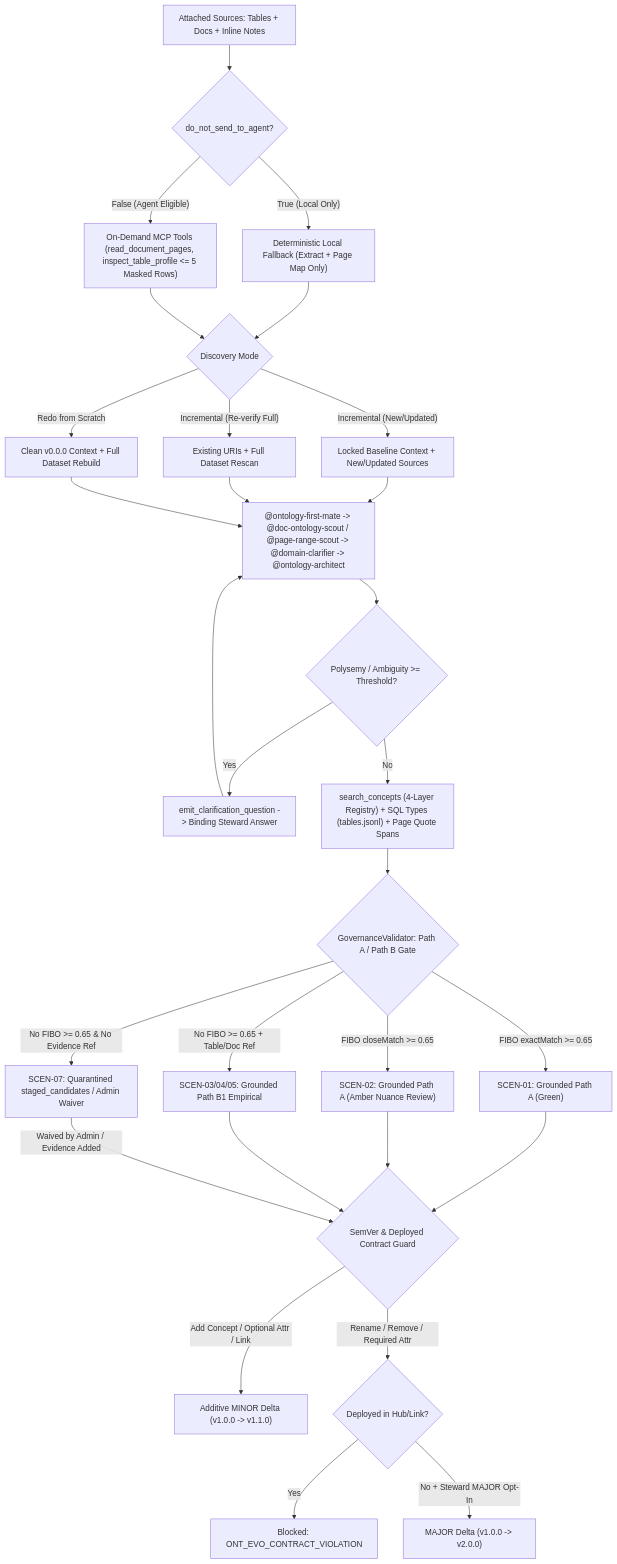
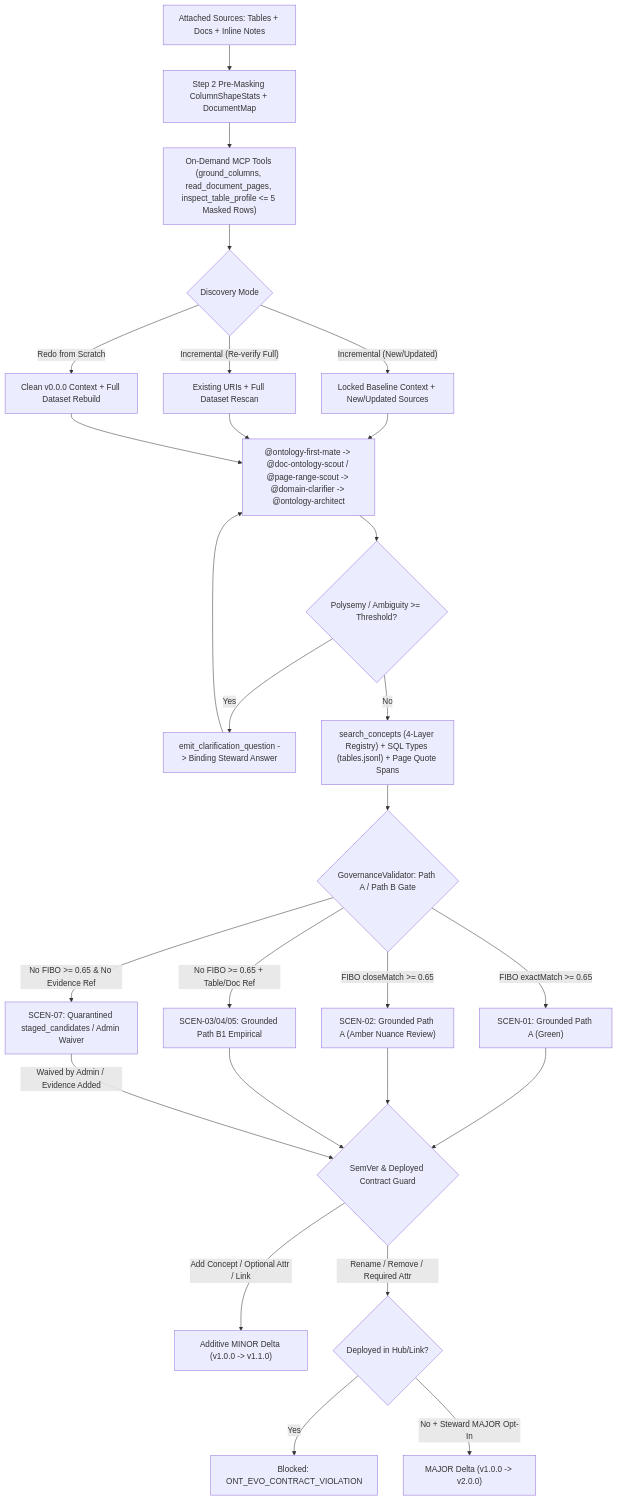
Before and after one commit to nogoo9/open-dv: the diagram in docs/29-discovery-grounding-and-evolution-scenarios.md, drawn with Mermaid. The commit also changed other lines of this file and 142 other files, not shown here.

````diff
--- a/docs/29-discovery-grounding-and-evolution-scenarios.md
+++ b/docs/29-discovery-grounding-and-evolution-scenarios.md
@@ -16,38 +16,35 @@
 ```mermaid
 flowchart TD
-    S["Attached Sources: Tables + Docs + Inline Notes"] --> PRIV{"do_not_send_to_agent?"}
-    PRIV -- "True (Local Only)" --> LOC["Deterministic Local Fallback (Extract + Page Map Only)"]
-    PRIV -- "False (Agent Eligible)" --> MASK["On-Demand MCP Tools (read_document_pages, inspect_table_profile <= 5 Masked Rows)"]
-
-    LOC --> MODE{"Discovery Mode"}
-    MASK --> MODE
+    S["Attached Sources: Tables + Docs + Inline Notes"] --> SHAPE["Step 2 Pre-Masking ColumnShapeStats + DocumentMap"]
+    SHAPE --> MASK["On-Demand MCP Tools (ground_columns, read_document_pages, inspect_table_profile <= 5 Masked Rows)"]
+    MASK --> MODE{"Discovery Mode"}
 
     MODE -- "Incremental (New/Updated)" --> DELTA_IN["Locked Baseline Context + New/Updated Sources"]
     MODE -- "Incremental (Re-verify Full)" --> REVER_IN["Existing URIs + Full Dataset Rescan"]
     MODE -- "Redo from Scratch" --> FULL_IN["Clean v0.0.0 Context + Full Dataset Rebuild"]
 
     DELTA_IN --> DISC["@ontology-first-mate -> @doc-ontology-scout / @page-range-scout -> @domain-clarifier -> @ontology-architect"]
     REVER_IN --> DISC
     FULL_IN --> DISC
 
     DISC --> POLY{"Polysemy / Ambiguity >= Threshold?"}
     POLY -- "Yes" --> QA["emit_clarification_question -> Binding Steward Answer"]
     QA --> DISC
     POLY -- "No" --> TYPES["search_concepts (4-Layer Registry) + SQL Types (tables.jsonl) + Page Quote Spans"]
 
     TYPES --> GOV{"GovernanceValidator: Path A / Path B Gate"}
     GOV -- "FIBO exactMatch >= 0.65" --> PA_EX["SCEN-01: Grounded Path A (Green)"]
     GOV -- "FIBO closeMatch >= 0.65" --> PA_CL["SCEN-02: Grounded Path A (Amber Nuance Review)"]
     GOV -- "No FIBO >= 0.65 + Table/Doc Ref" --> PB1["SCEN-03/04/05: Grounded Path B1 Empirical"]
     GOV -- "No FIBO >= 0.65 & No Evidence Ref" --> PB2["SCEN-07: Quarantined staged_candidates / Admin Waiver"]
 
     PA_EX --> SEM{"SemVer & Deployed Contract Guard"}
     PA_CL --> SEM
     PB1 --> SEM
     PB2 -- "Waived by Admin / Evidence Added" --> SEM
 
     SEM -- "Add Concept / Optional Attr / Link" --> MIN["Additive MINOR Delta (v1.0.0 -> v1.1.0)"]
     SEM -- "Rename / Remove / Required Attr" --> MAJ{"Deployed in Hub/Link?"}
     MAJ -- "Yes" --> BLOCK["Blocked: ONT_EVO_CONTRACT_VIOLATION"]
     MAJ -- "No + Steward MAJOR Opt-In" --> MJR["MAJOR Delta (v1.0.0 -> v2.0.0)"]
 ```
````
